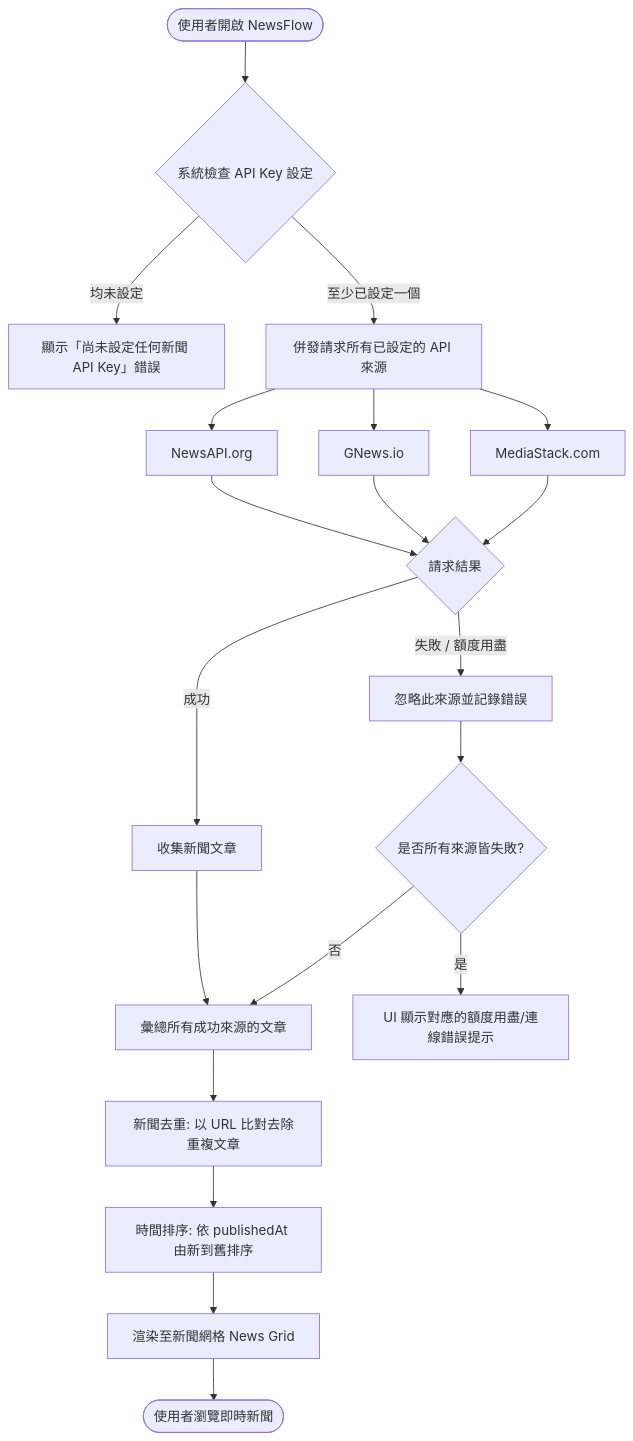
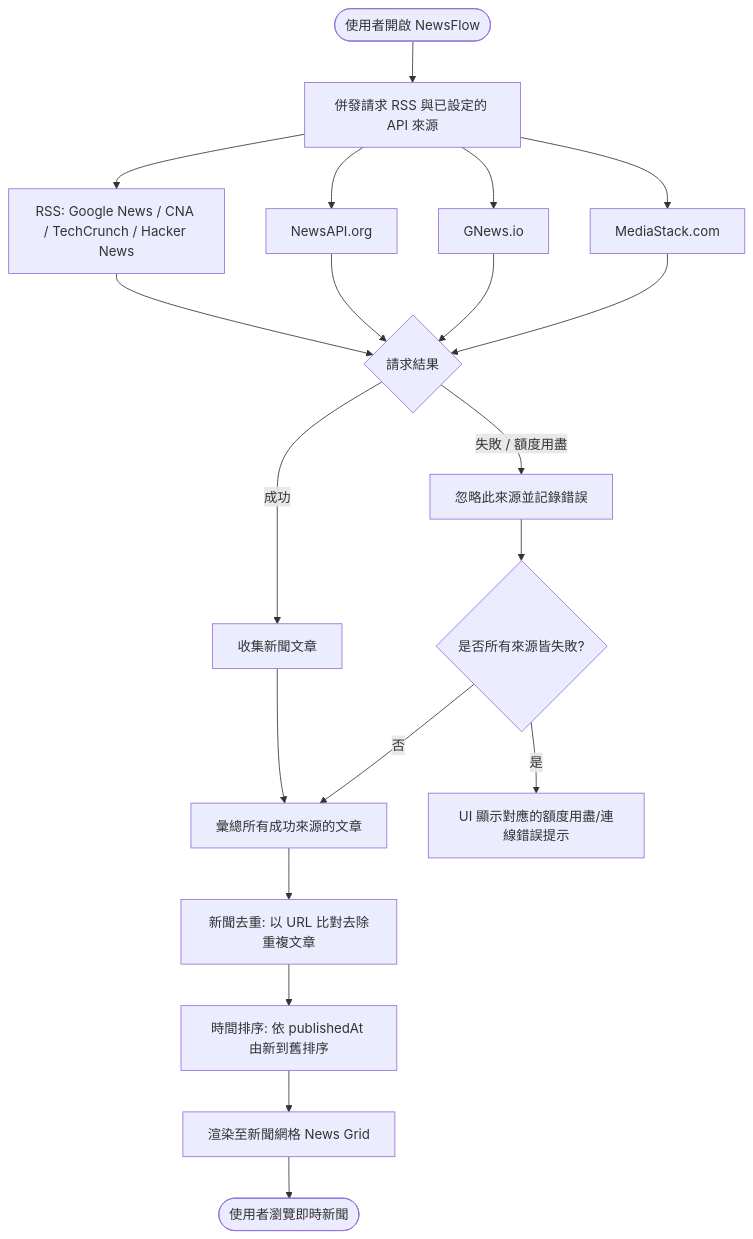
Before and after one commit to DunkLiao/global-news-flow: the diagram in README.md, drawn with Mermaid. The commit also changed other lines of this file and 9 other files, not shown here.

Commit message:
Add RSS news fallback

````diff
--- a/README.md
+++ b/README.md
@@ -11,28 +11,28 @@
 ```mermaid
 graph TD
-    Start([使用者開啟 NewsFlow]) --> CheckKeys{系統檢查 API Key 設定}
-    CheckKeys -- 均未設定 --> ShowNoKeyError[顯示「尚未設定任何新聞 API Key」錯誤]
-    CheckKeys -- 至少已設定一個 --> ParallelFetch[併發請求所有已設定的 API 來源]
+    Start([使用者開啟 NewsFlow]) --> ParallelFetch[併發請求 RSS 與已設定的 API 來源]
     
+    ParallelFetch --> FetchRSS[RSS: Google News / CNA / TechCrunch / Hacker News]
     ParallelFetch --> FetchNewsAPI[NewsAPI.org]
     ParallelFetch --> FetchGNews[GNews.io]
     ParallelFetch --> FetchMediaStack[MediaStack.com]
     
+    FetchRSS --> HandleAPIResult{請求結果}
     FetchNewsAPI --> HandleAPIResult{請求結果}
     FetchGNews --> HandleAPIResult
     FetchMediaStack --> HandleAPIResult
     
     HandleAPIResult -- 成功 --> CollectArticles[收集新聞文章]
     HandleAPIResult -- 失敗 / 額度用盡 --> LogError[忽略此來源並記錄錯誤]
     
     CollectArticles --> MergeResults[彙總所有成功來源的文章]
     LogError --> CheckAllFailed{是否所有來源皆失敗?}
     
     CheckAllFailed -- 是 --> ShowErrorState[UI 顯示對應的額度用盡/連線錯誤提示]
     CheckAllFailed -- 否 --> MergeResults
     
     MergeResults --> Deduplicate[新聞去重: 以 URL 比對去除重複文章]
     Deduplicate --> SortByDate[時間排序: 依 publishedAt 由新到舊排序]
     SortByDate --> RenderUI[渲染至新聞網格 News Grid]
     RenderUI --> End([使用者瀏覽即時新聞])
 ```
````
